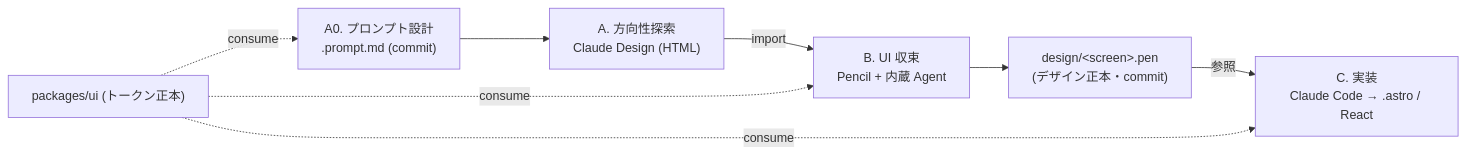
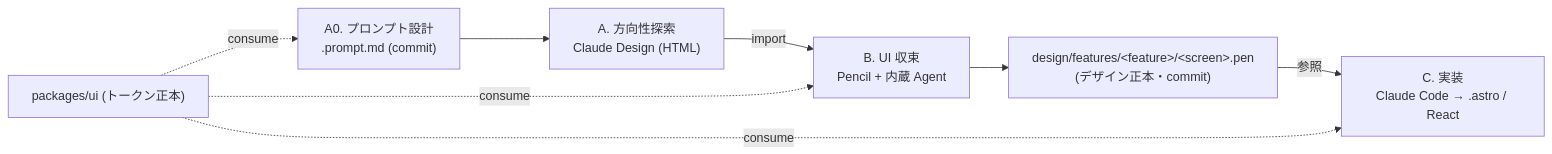
Before and after one commit to Fukuemon/kufu-apps: the diagram in context/design-workflow.md, drawn with Mermaid. The commit also changed other lines of this file and 13 other files, not shown here.

First line of the commit message:
[update] デザイン成果物を design/features/<feature>/ に集約し常時参照ポインタを追加 #16

````diff
--- a/context/design-workflow.md
+++ b/context/design-workflow.md
@@ -21,8 +21,8 @@
 ```mermaid
 flowchart LR
   A0["A0. プロンプト設計<br/>.prompt.md (commit)"] --> A["A. 方向性探索<br/>Claude Design (HTML)"]
   A -->|import| B["B. UI 収束<br/>Pencil + 内蔵 Agent"]
-  B --> PEN["design/&lt;screen&gt;.pen<br/>(デザイン正本・commit)"]
+  B --> PEN["design/features/&lt;feature&gt;/&lt;screen&gt;.pen<br/>(デザイン正本・commit)"]
   PEN -->|参照| C["C. 実装<br/>Claude Code → .astro / React"]
   PUI["packages/ui (トークン正本)"] -.consume.-> A0 & B & C
 ```
````
